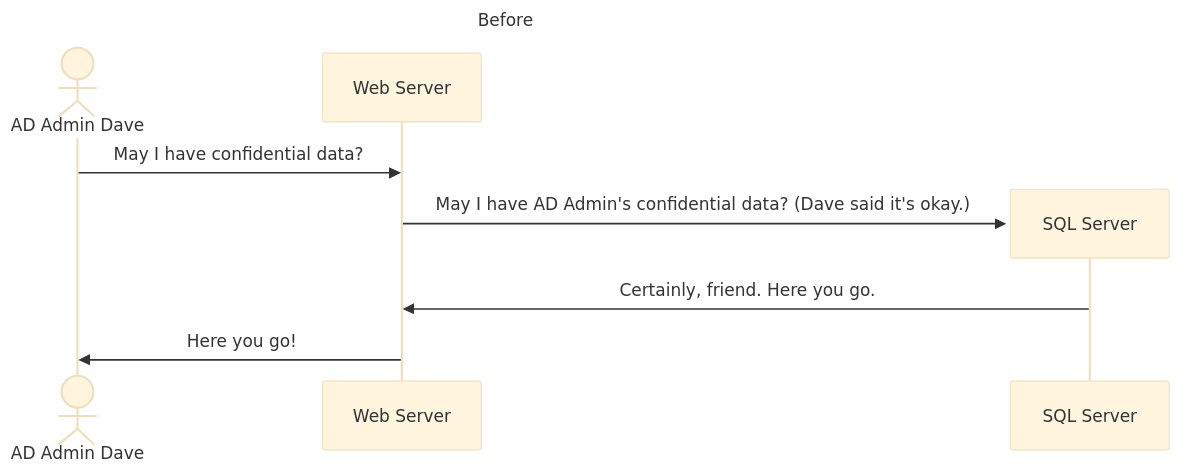
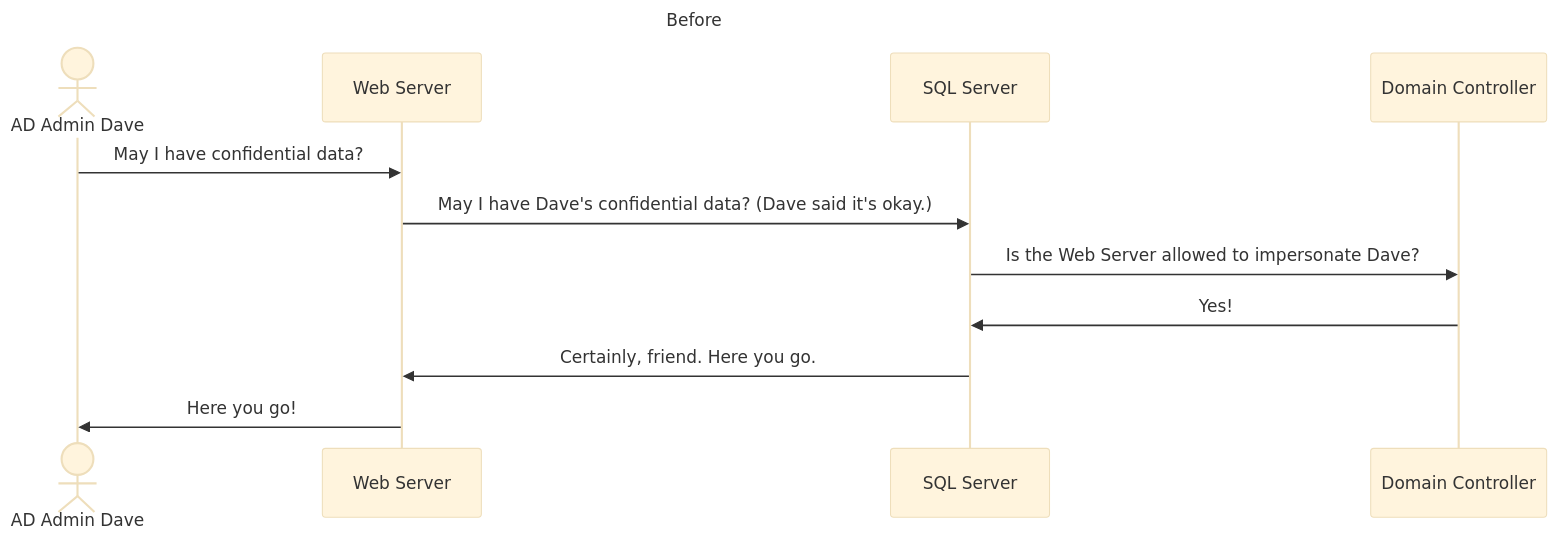
The first of 2 diagrams in diagrams/NoDelegation.md (TrimarcJake/pug-snippets), drawn with Mermaid (base theme) before and after one commit. The commit also changed other lines of this file, not shown here.

````diff
--- a/diagrams/NoDelegation.md
+++ b/diagrams/NoDelegation.md
@@ -1,12 +1,16 @@
 ``` mermaid
 ---
 title: Before
 ---
 sequenceDiagram
   actor AD Admin Dave
+  participant Web Server
+  participant SQL Server
+  participant Domain Controller
   AD Admin Dave ->> Web Server: May I have confidential data?
-  create participant SQL Server
-  Web Server ->> SQL Server: May I have AD Admin's confidential data? (Dave said it's okay.)
+  Web Server ->> SQL Server: May I have Dave's confidential data? (Dave said it's okay.)
+  SQL Server ->> Domain Controller: Is the Web Server allowed to impersonate Dave?
+  Domain Controller ->> SQL Server: Yes!
   SQL Server ->> Web Server: Certainly, friend. Here you go.
   Web Server ->> AD Admin Dave: Here you go!
 ```
````
